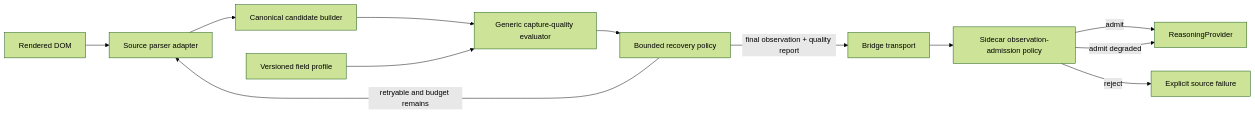
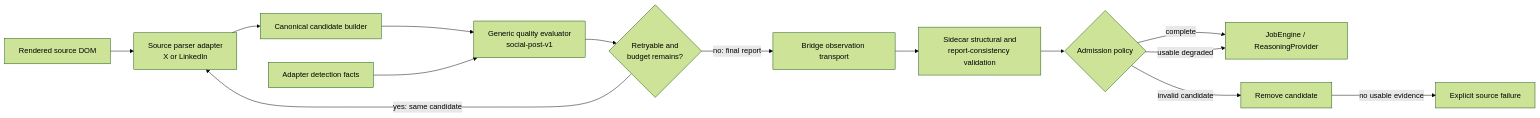
The diagram in docs/source-adapter-quality-design.md (abangkis/AkuBrowser), drawn with Mermaid (forest theme) before and after one commit. The commit also changed other lines of this file and 4 other files, not shown here.

Commit message:
docs: finalize source adapter quality architecture

````diff
--- a/docs/source-adapter-quality-design.md
+++ b/docs/source-adapter-quality-design.md
@@ -86,14 +22,16 @@
 ```mermaid
 flowchart LR
-    DOM["Rendered DOM"] --> P["Source parser adapter"]
+    DOM["Rendered source DOM"] --> P["Source parser adapter<br/>X or LinkedIn"]
     P --> C["Canonical candidate builder"]
-    C --> Q["Generic capture-quality evaluator"]
-    FC["Versioned field profile"] --> Q
-    Q --> RP["Bounded recovery policy"]
-    RP -->|"retryable and budget remains"| P
-    RP -->|"final observation + quality report"| T["Bridge transport"]
-    T --> SA["Sidecar observation-admission policy"]
-    SA -->|"admit"| RE["ReasoningProvider"]
-    SA -->|"admit degraded"| RE
-    SA -->|"reject"| F["Explicit source failure"]
+    C --> Q["Generic quality evaluator<br/>social-post-v1"]
+    F["Adapter detection facts"] --> Q
+    Q --> R{"Retryable and<br/>budget remains?"}
+    R -->|"yes: same candidate"| P
+    R -->|"no: final report"| T["Bridge observation transport"]
+    T --> V["Sidecar structural and<br/>report-consistency validation"]
+    V --> A{"Admission policy"}
+    A -->|"complete"| J["JobEngine / ReasoningProvider"]
+    A -->|"usable degraded"| J
+    A -->|"invalid candidate"| X["Remove candidate"]
+    X -->|"no usable evidence"| E["Explicit source failure"]
 ```
````
